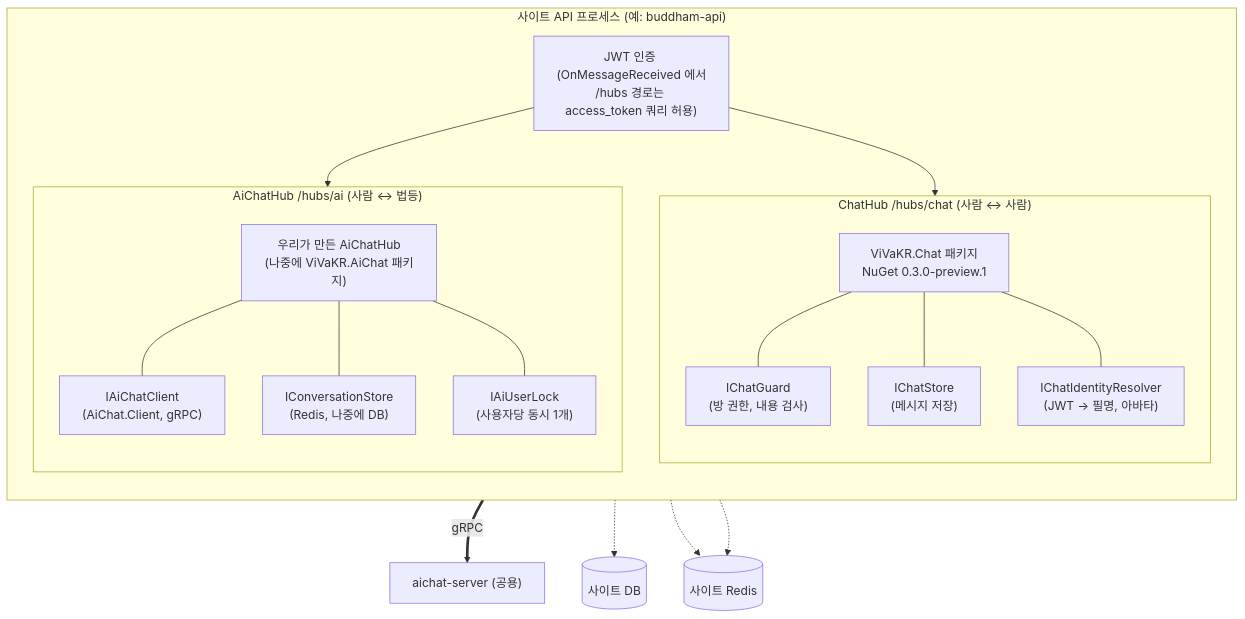
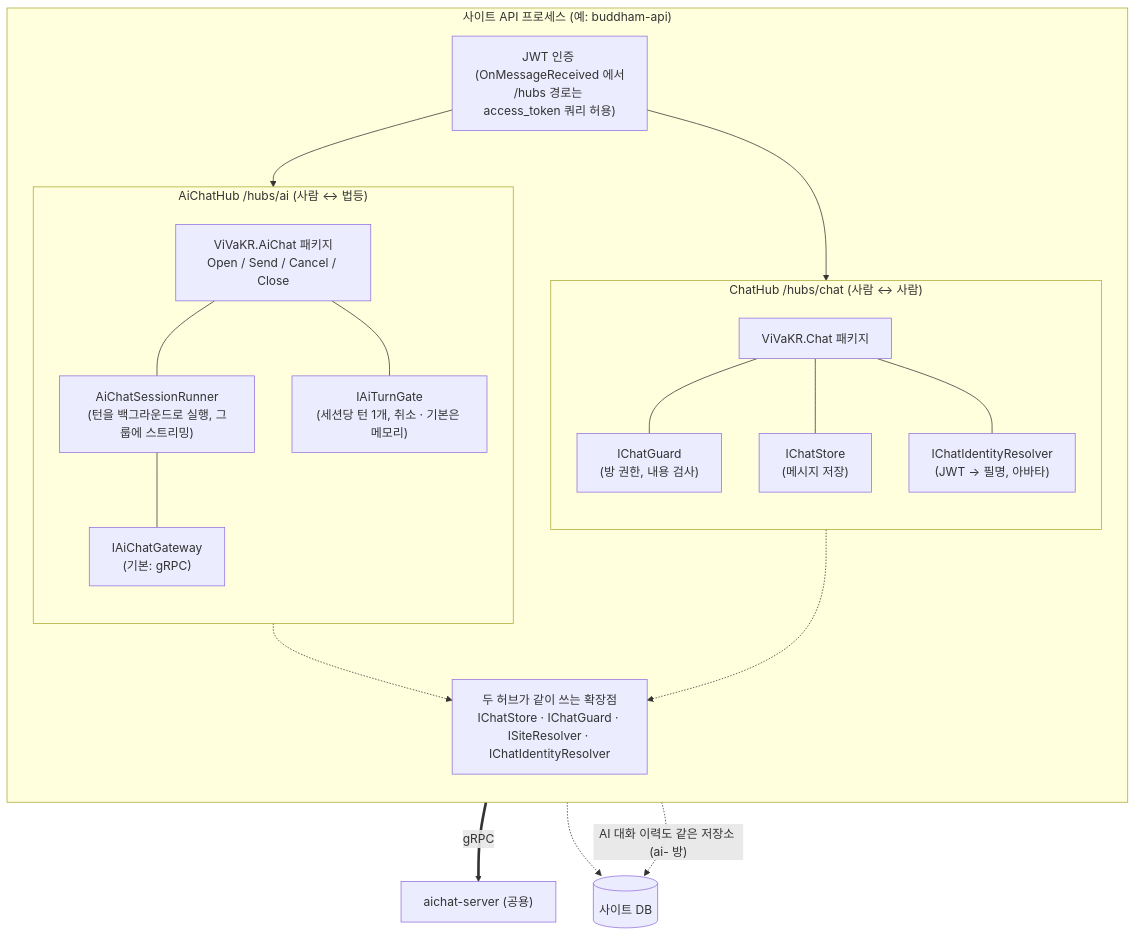
One commit to ViVaKR/Viva.Chat changed the second of 7 diagrams in ARCHITECTURE.md. Above: the diagram before and after it, drawn with Mermaid. The commit also changed other lines of this file and 27 other files, not shown here.

Commit message:
feat: 0.4.0-preview.1 — AI 채팅 허브(ViVaKR.AiChat), 예약 방 이름, net11.0

````diff
--- a/ARCHITECTURE.md
+++ b/ARCHITECTURE.md
@@ -60,29 +60,32 @@
 ```mermaid
 flowchart TB
     subgraph SITE["사이트 API 프로세스 (예: buddham-api)"]
         direction TB
         subgraph H1["ChatHub  /hubs/chat  (사람 ↔ 사람)"]
             direction TB
-            L1["ViVaKR.Chat 패키지<br/>NuGet 0.3.0-preview.1"]
+            L1["ViVaKR.Chat 패키지"]
             G1["IChatGuard<br/>(방 권한, 내용 검사)"]
             S1["IChatStore<br/>(메시지 저장)"]
             I1["IChatIdentityResolver<br/>(JWT → 필명, 아바타)"]
             L1 --- G1 & S1 & I1
         end
         subgraph H2["AiChatHub  /hubs/ai  (사람 ↔ 법등)"]
             direction TB
-            L2["우리가 만든 AiChatHub<br/>(나중에 ViVaKR.AiChat 패키지)"]
-            C2["IAiChatClient<br/>(AiChat.Client, gRPC)"]
-            S2["IConversationStore<br/>(Redis, 나중에 DB)"]
-            K2["IAiUserLock<br/>(사용자당 동시 1개)"]
-            L2 --- C2 & S2 & K2
+            L2["ViVaKR.AiChat 패키지<br/>Open / Send / Cancel / Close"]
+            R2["AiChatSessionRunner<br/>(턴을 백그라운드로 실행, 그룹에 스트리밍)"]
+            C2["IAiChatGateway<br/>(기본: gRPC)"]
+            K2["IAiTurnGate<br/>(세션당 턴 1개, 취소 · 기본은 메모리)"]
+            L2 --- R2 & K2
+            R2 --- C2
         end
+        SHARED["두 허브가 같이 쓰는 확장점<br/>IChatStore · IChatGuard · ISiteResolver · IChatIdentityResolver"]
         JWT["JWT 인증 (OnMessageReceived 에서<br/>/hubs 경로는 access_token 쿼리 허용)"]
         JWT --> H1 & H2
+        L1 & L2 -.-> SHARED
     end
 
     C2 ==>|gRPC| AIS["aichat-server (공용)"]
     S1 -.-> DB[("사이트 DB")]
-    S2 -.-> RD[("사이트 Redis")]
-    K2 -.-> RD
+    L2 -.->|"AI 대화 이력도 같은 저장소 (ai- 방)"| DB
+
 ```
````
